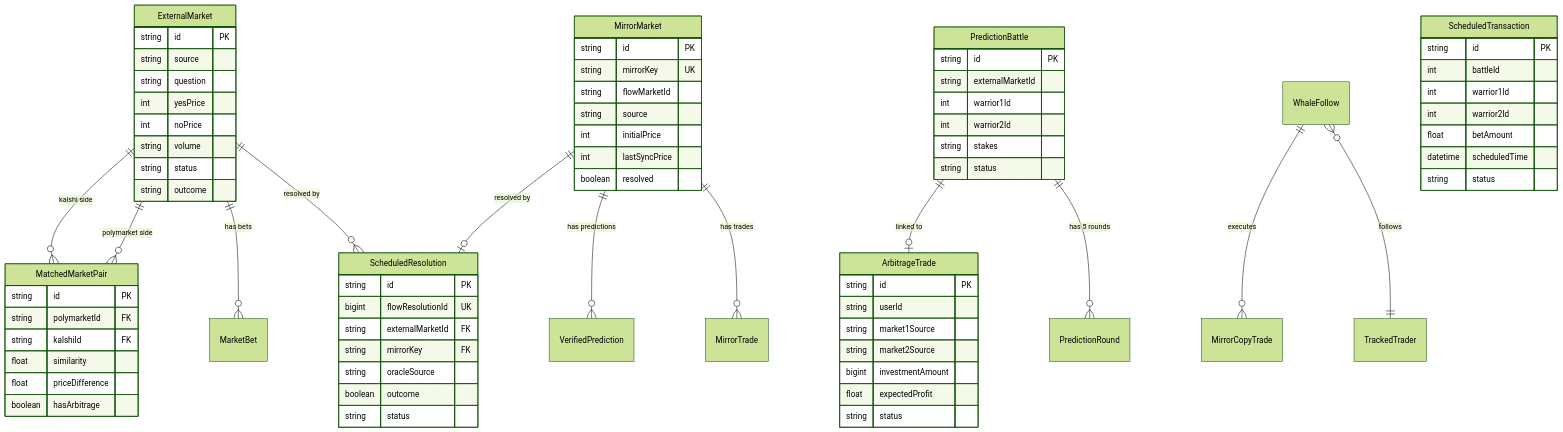
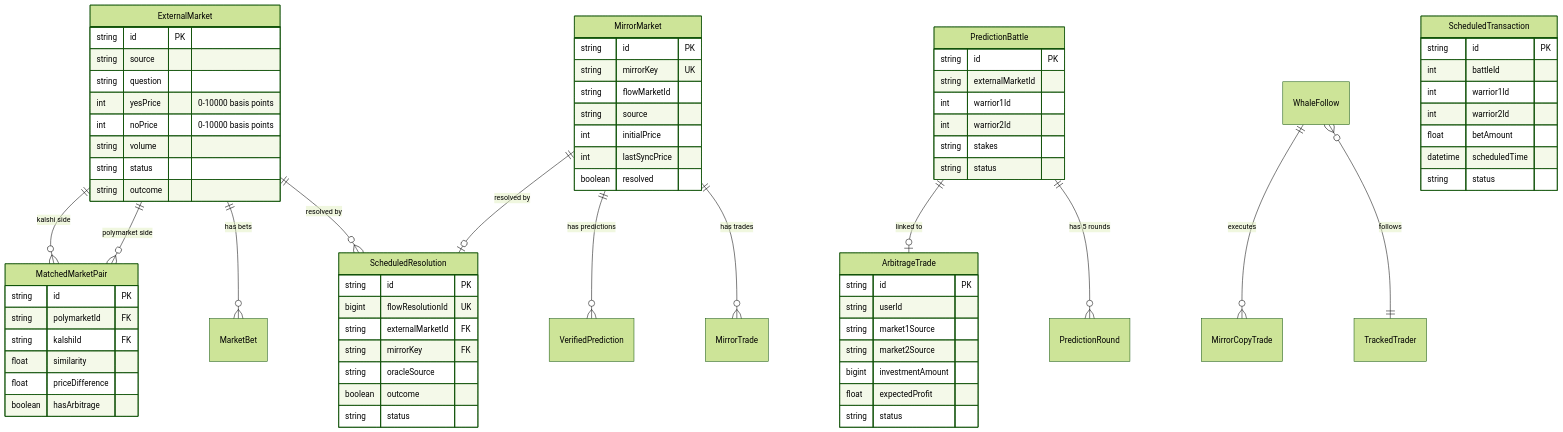
Diagram 14 of 17 in README.md (kaustubh76/WarriorsAI-rena), drawn with Mermaid (forest theme) before and after one commit. The commit also changed other lines of this file and 10 other files, not shown here.

```diff
--- a/README.md
+++ b/README.md
@@ -506,8 +693,8 @@
         string id PK
         string source
         string question
-        int yesPrice
-        int noPrice
+        int yesPrice "0-10000 basis points"
+        int noPrice "0-10000 basis points"
         string volume
         string status
         string outcome
```
